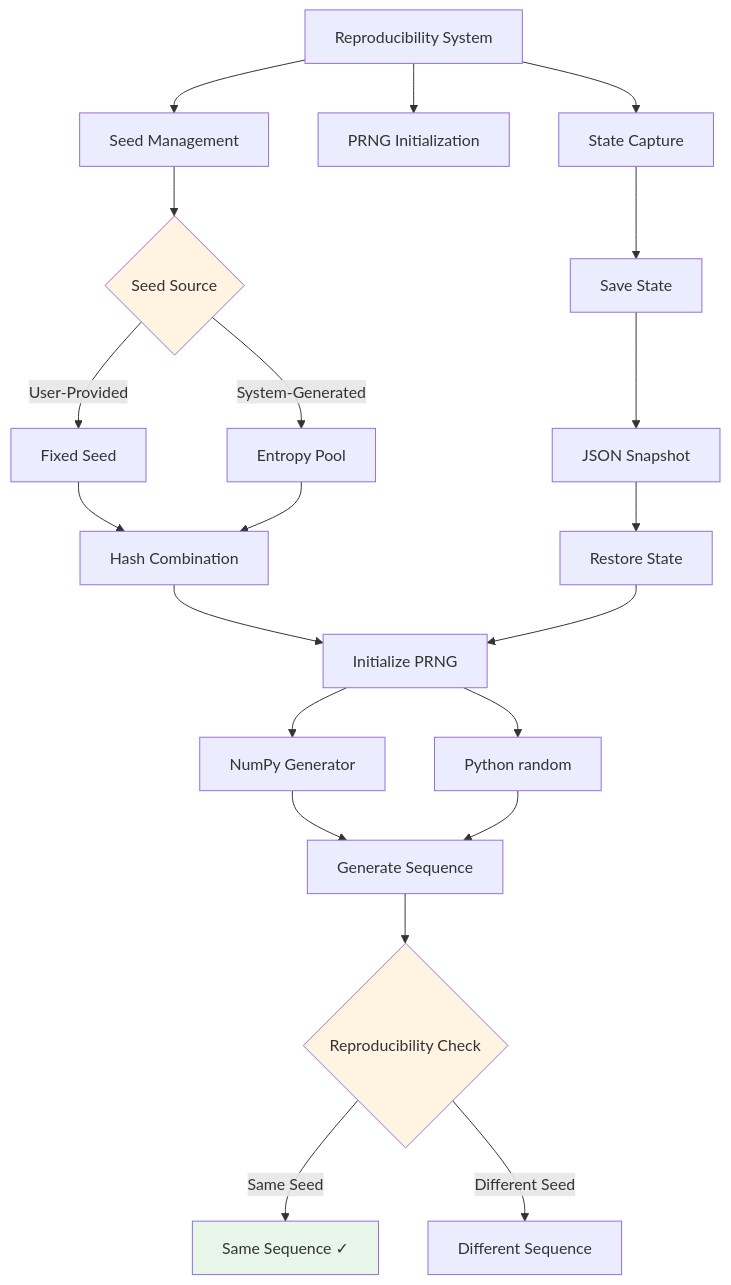
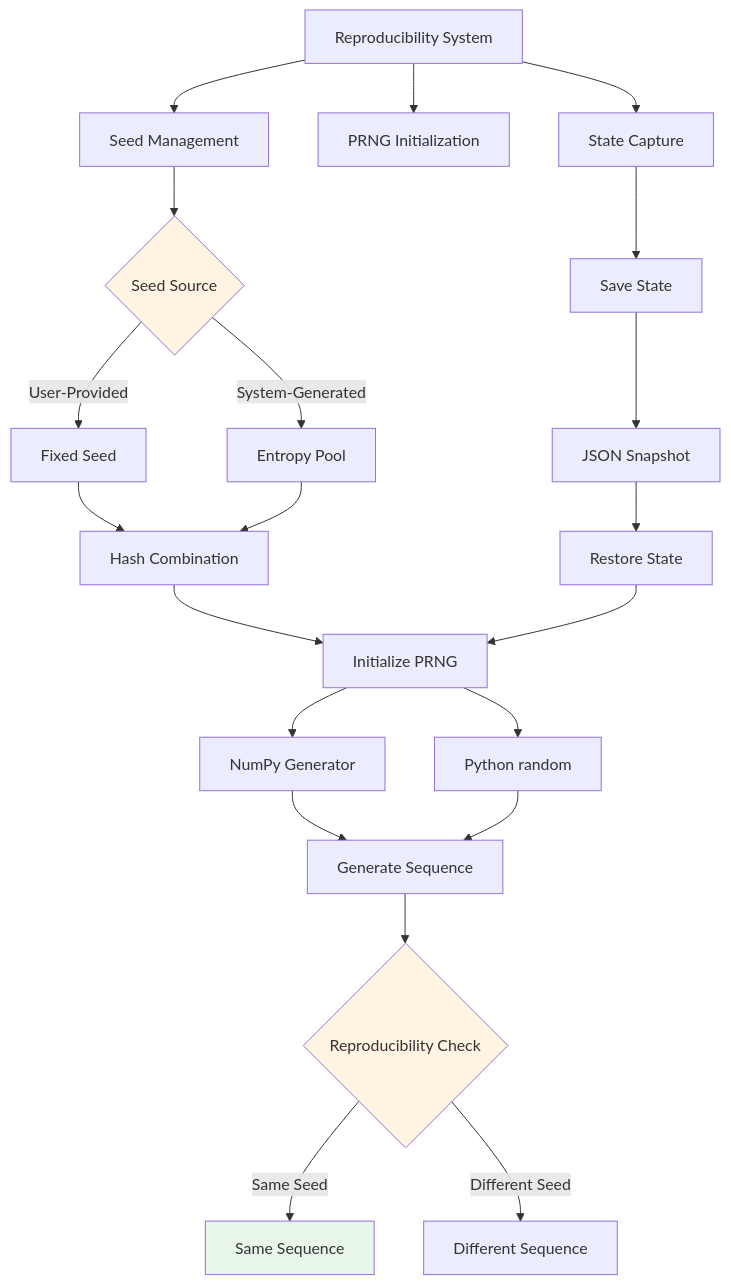
The diagram in docs/reference/utils/reproducibility___init__.md (theSadeQ/dip-smc-pso), drawn with Mermaid before and after one commit. The commit also changed other lines of this file and 609 other files, not shown here.

````diff
--- a/docs/reference/utils/reproducibility___init__.md
+++ b/docs/reference/utils/reproducibility___init__.md
@@ -134,33 +134,33 @@
 ```{mermaid}
 graph TD
     A[Reproducibility System] --> B[Seed Management]
     A --> C[PRNG Initialization]
     A --> D[State Capture]
 
     B --> E{Seed Source}
     E -->|User-Provided| F[Fixed Seed]
     E -->|System-Generated| G[Entropy Pool]
 
     F --> H[Hash Combination]
     G --> H
 
     H --> I[Initialize PRNG]
     I --> J[NumPy Generator]
     I --> K[Python random]
 
     J --> L[Generate Sequence]
     K --> L
 
     L --> M{Reproducibility Check}
-    M -->|Same Seed| N[Same Sequence ✓]
+    M -->|Same Seed| N[Same Sequence ]
     M -->|Different Seed| O[Different Sequence]
 
     D --> P[Save State]
     P --> Q[JSON Snapshot]
     Q --> R[Restore State]
     R --> I
 
     style E fill:#fff4e1
     style M fill:#fff4e1
     style N fill:#e8f5e9
 ```
````
